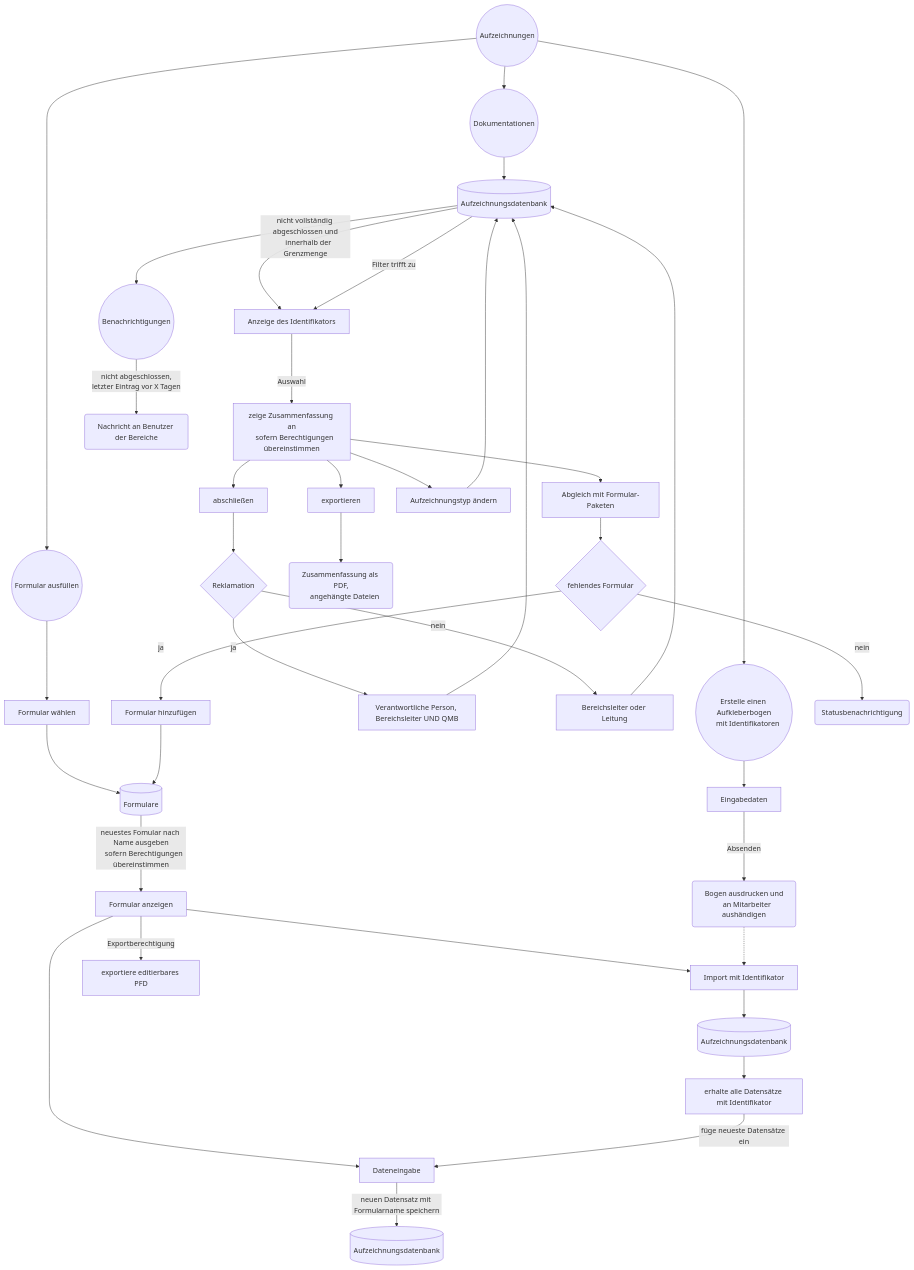
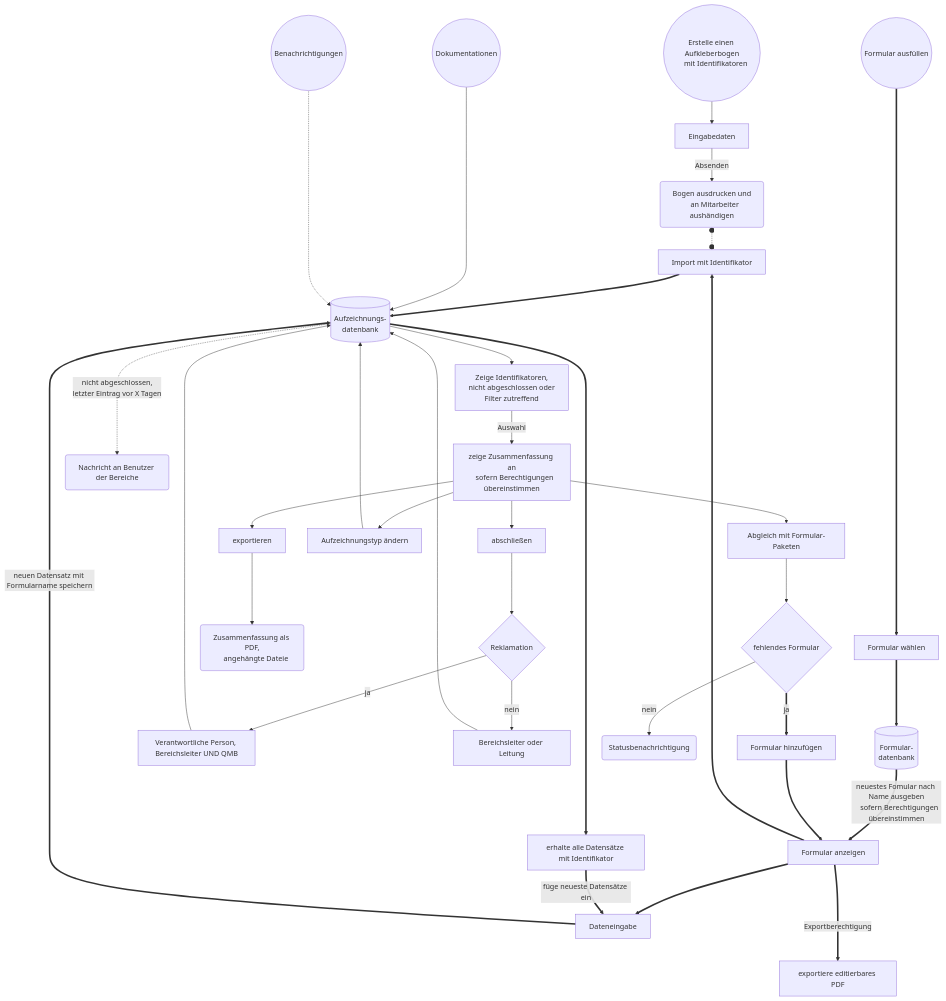
One commit to erroronline1/caro changed the fourth of 7 diagrams in readme.de.md. Above: the diagram before and after it, drawn with Mermaid. The commit also changed other lines of this file and 1 other file, not shown here.

Commit message:
flowcharts updates

````diff
--- a/readme.de.md
+++ b/readme.de.md
@@ -508,51 +523,52 @@
 ```mermaid
 graph TD;
-    records((Aufzeichnungen))-->identifiersheet(("Erstelle einen Aufkleberbogen
+    identifiersheet(("Erstelle einen Aufkleberbogen
     mit Identifikatoren"));
     identifiersheet-->input[Eingabedaten];
     input-->|Absenden|print("Bogen ausdrucken und
     an Mitarbeiter aushändigen");
 
-    records-->fillform((Formular ausfüllen));
-    fillform-->selectform[Formular wählen];
-    selectform-->forms[(Formulare)];
-    forms-->|"neuestes Fomular nach Name ausgeben
-    sofern Berechtigungen übereinstimmen "|displayform[Formular anzeigen];
-    displayform-->inputdata[Dateneingabe];
-    inputdata-->|neuen Datensatz mit Formularname speichern|recorddb[(Aufzeichnungsdatenbank)];
-    displayform-->idimport[Import mit Identifikator];
-    idimport-->recorddb2[(Aufzeichnungsdatenbank)];
-    recorddb2-->selectbyid[erhalte alle Datensätze mit Identifikator];
-    selectbyid-->|füge neueste Datensätze ein|inputdata;
-    displayform-->|Exportberechtigung|exportform[exportiere editierbares PFD]
+    fillform((Formular ausfüllen))=========>selectform[Formular wählen];
+    selectform==>form_db[("Formular-
+    datenbank")];
+    form_db==>|"neuestes Fomular nach Name ausgeben
+    sofern Berechtigungen übereinstimmen"|displayform[Formular anzeigen];
+    displayform==>inputdata[Dateneingabe];
+    inputdata==>|"neuen Datensatz mit Formularname speichern"|record_db[("Aufzeichnungs-
+    datenbank")];
 
-    print-.->idimport;
+    displayform==>idimport[Import mit Identifikator];
+    idimport==>record_db;
+    record_db==>selectbyid[erhalte alle Datensätze mit Identifikator];
+    selectbyid==>|füge neueste Datensätze ein|inputdata;
+    displayform===>|Exportberechtigung|exportform[exportiere editierbares PDF]
 
-    records-->summaries((Dokumentationen));
-    summaries-->recorddb3[(Aufzeichnungsdatenbank)]
-    recorddb3-->|"nicht vollständig abgeschlossen und
-    innerhalb der Grenzmenge"|displayids[Anzeige des Identifikators];
-    recorddb3-->|Filter trifft zu|displayids;
+    print o-.-o idimport;
+
+    summaries(("Dokumentationen"))----->record_db;
+    record_db-->displayids["Zeige Identifikatoren,
+    nicht abgeschlossen oder
+    Filter zutreffend"];
     displayids-->|Auswahl|summary["zeige Zusammenfassung an
     sofern Berechtigungen übereinstimmen"];
     summary-->close[abschließen];
     close-->complaint{Reklamation};
     complaint-->|ja|complaintclose[Verantwortliche Person, Bereichsleiter UND QMB];
-    complaintclose-->recorddb3;
+    complaintclose-->record_db;
     complaint-->|nein|nocomplaintclose[Bereichsleiter oder Leitung];
-    nocomplaintclose-->recorddb3;
+    nocomplaintclose-->record_db;
     summary-->export[exportieren];
     export-->pdf("Zusammenfassung als PDF,
-    angehängte Dateien");
+    angehängte Dateie");
     summary-->matchbundles[Abgleich mit Formular-Paketen];
     matchbundles-->missing{fehlendes Formular};
-    missing-->|ja|appenddata[Formular hinzufügen];
-    appenddata-->forms;
+    missing==>|ja|appenddata[Formular hinzufügen];
+    appenddata==>displayform;
     missing-->|nein|nonemissing(Statusbenachrichtigung);
     summary-->retype[Aufzeichnungstyp ändern];
-    retype-->recorddb3;
+    retype-->record_db;
 
-    recorddb3-->notification((Benachrichtigungen));
-    notification-->|"nicht abgeschlossen,
-    letzter Eintrag vor X Tagen"|message(Nachricht an Benutzer der Bereiche)
+    notification((Benachrichtigungen))-....->record_db;
+    record_db-..->|"nicht abgeschlossen,
+    letzter Eintrag vor X Tagen"|message(Nachricht an Benutzer der Bereiche);
 ```
````
